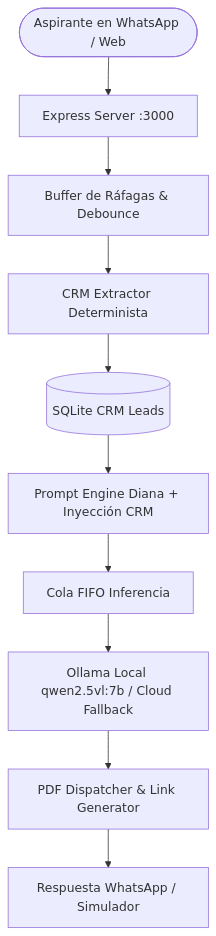
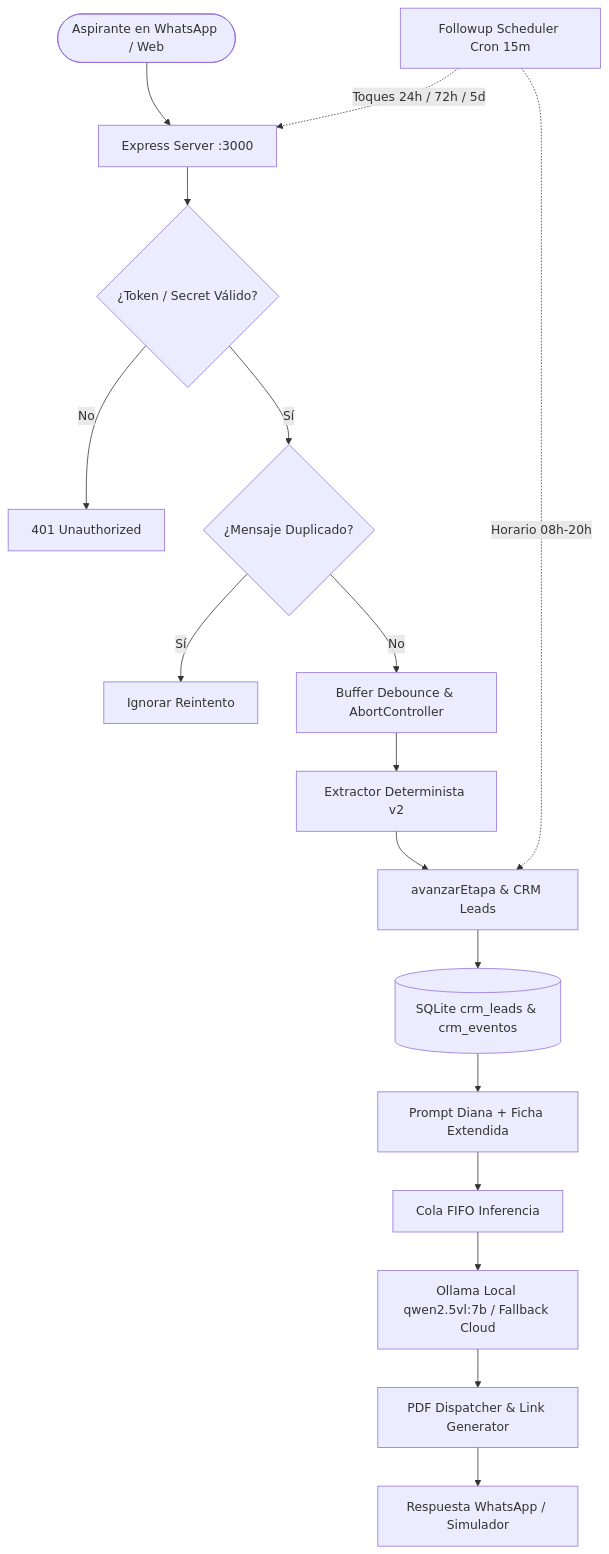
One commit to guilleguto-source/WhaspiUBE changed the diagram in README.md. Above: the diagram before and after it, drawn with Mermaid. The commit also changed other lines of this file, not shown here.

Commit message:
docs: actualizar README con arquitectura v2, endpoints de KPIs, suite de 61 tests y scheduler

````diff
--- a/README.md
+++ b/README.md
@@ -35,12 +46,20 @@
 ```mermaid
 flowchart TD
     User([Aspirante en WhatsApp / Web]) --> Webhook[Express Server :3000]
-    Webhook --> Debounce[Buffer de Ráfagas & Debounce]
-    Debounce --> Extractor[CRM Extractor Determinista]
-    Extractor --> DB[(SQLite CRM Leads)]
-    DB --> PromptEngine[Prompt Engine Diana + Inyección CRM]
+    Webhook --> Auth{¿Token / Secret Válido?}
+    Auth -- No --> Deny[401 Unauthorized]
+    Auth -- Sí --> Dedup{¿Mensaje Duplicado?}
+    Dedup -- Sí --> Ignorar[Ignorar Reintento]
+    Dedup -- No --> Debounce[Buffer Debounce & AbortController]
+    Debounce --> Extractor[Extractor Determinista v2]
+    Extractor --> StateMachine[avanzarEtapa & CRM Leads]
+    StateMachine --> DB[(SQLite crm_leads & crm_eventos)]
+    DB --> PromptEngine[Prompt Diana + Ficha Extendida]
     PromptEngine --> Queue[Cola FIFO Inferencia]
-    Queue --> LLM[Ollama Local qwen2.5vl:7b / Cloud Fallback]
+    Queue --> LLM[Ollama Local qwen2.5vl:7b / Fallback Cloud]
     LLM --> Dispatcher[PDF Dispatcher & Link Generator]
     Dispatcher --> Response[Respuesta WhatsApp / Simulador]
+    
+    Scheduler[Followup Scheduler Cron 15m] -. Horario 08h-20h .-> StateMachine
+    Scheduler -. Toques 24h / 72h / 5d .-> Webhook
 ```
````
